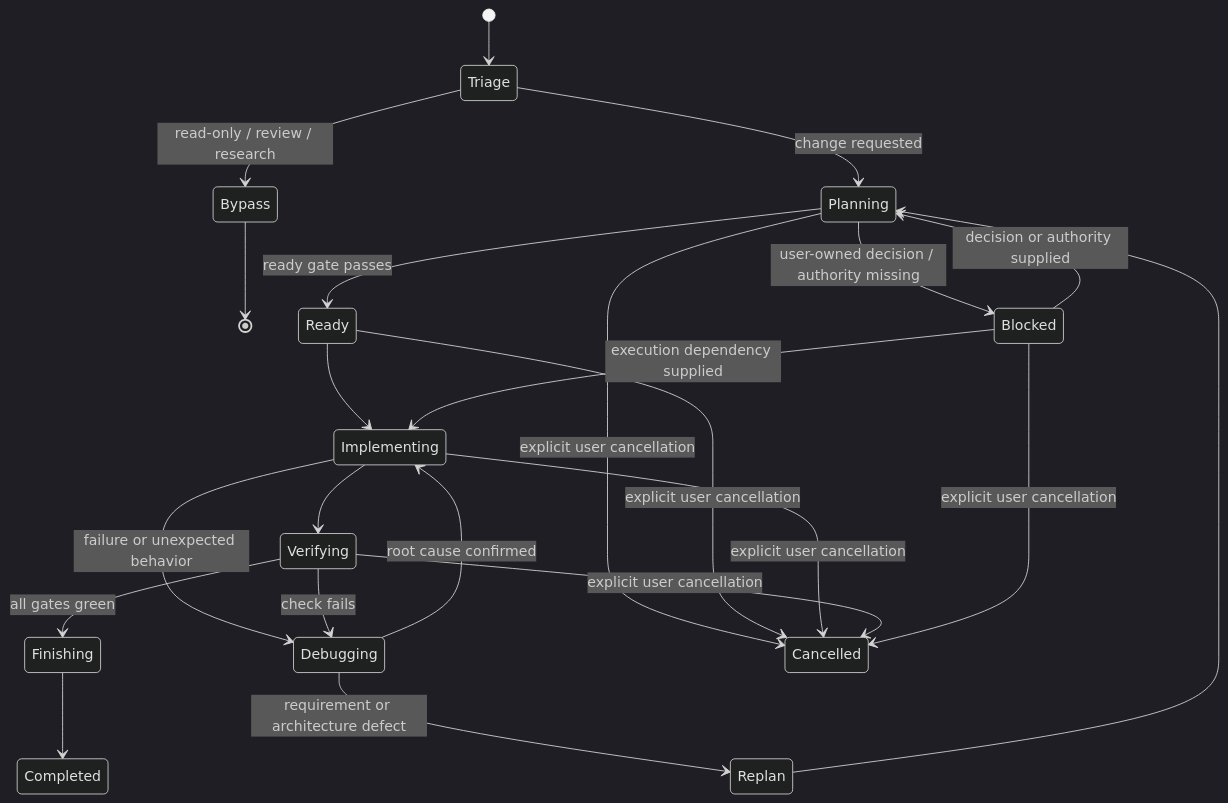
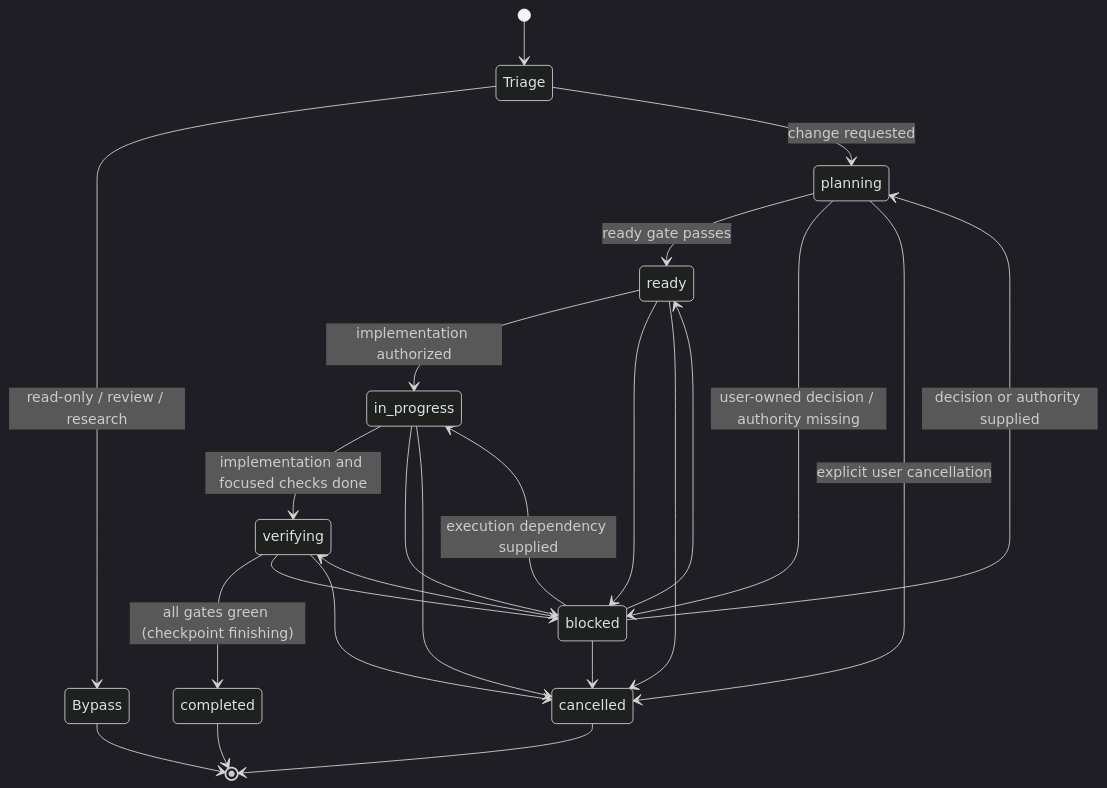
Before and after one commit to tamtiger/harnix: the diagram in docs/HARNIX_WORKFLOW.md, drawn with Mermaid (dark theme). The commit also changed other lines of this file and 145 other files, not shown here.

````diff
--- a/docs/HARNIX_WORKFLOW.md
+++ b/docs/HARNIX_WORKFLOW.md
@@ -60,25 +60,26 @@
 ```mermaid
 stateDiagram-v2
     [*] --> Triage
     Triage --> Bypass: read-only / review / research
-    Triage --> Planning: change requested
+    Triage --> planning: change requested
     Bypass --> [*]
-    Planning --> Ready: ready gate passes
-    Planning --> Blocked: user-owned decision / authority missing
-    Ready --> Implementing
-    Implementing --> Verifying
-    Implementing --> Debugging: failure or unexpected behavior
-    Verifying --> Finishing: all gates green
-    Verifying --> Debugging: check fails
-    Debugging --> Implementing: root cause confirmed
-    Debugging --> Replan: requirement or architecture defect
-    Replan --> Planning
-    Finishing --> Completed
-    Planning --> Cancelled: explicit user cancellation
-    Ready --> Cancelled: explicit user cancellation
-    Implementing --> Cancelled: explicit user cancellation
-    Verifying --> Cancelled: explicit user cancellation
-    Blocked --> Cancelled: explicit user cancellation
-    Blocked --> Planning: decision or authority supplied
-    Blocked --> Implementing: execution dependency supplied
+    planning --> ready: ready gate passes
+    planning --> blocked: user-owned decision / authority missing
+    ready --> in_progress: implementation authorized
+    ready --> blocked
+    in_progress --> verifying: implementation and focused checks done
+    in_progress --> blocked
+    verifying --> completed: all gates green (checkpoint finishing)
+    verifying --> blocked
+    blocked --> planning: decision or authority supplied
+    blocked --> ready
+    blocked --> in_progress: execution dependency supplied
+    blocked --> verifying
+    planning --> cancelled: explicit user cancellation
+    ready --> cancelled
+    in_progress --> cancelled
+    verifying --> cancelled
+    blocked --> cancelled
+    completed --> [*]
+    cancelled --> [*]
 ```
````
